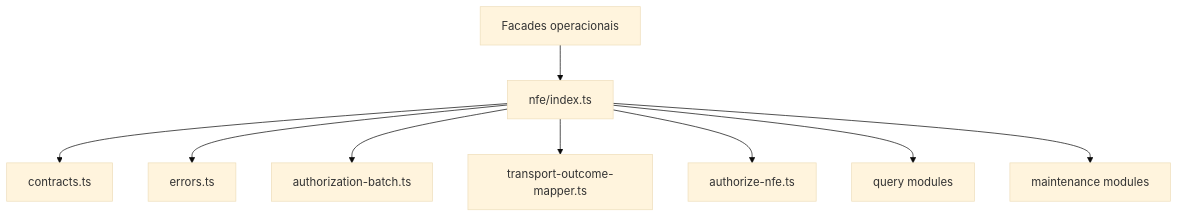
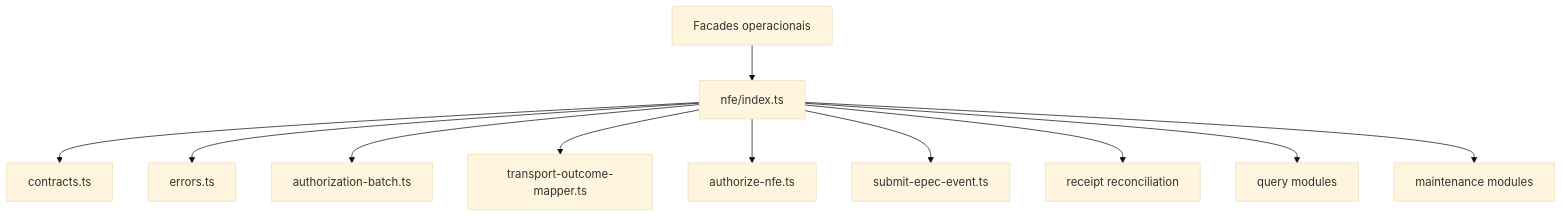
One commit to linkiez/nfe_sdk changed the diagram in src/canonical/nfe/index.doc.md. Above: the diagram before and after it, drawn with Mermaid (base theme). The commit also changed other lines of this file and 33 other files, not shown here.

````diff
--- a/src/canonical/nfe/index.doc.md
+++ b/src/canonical/nfe/index.doc.md
@@ -23,11 +24,13 @@
 ```mermaid
 flowchart TD
   A[Facades operacionais] --> B[nfe/index.ts]
   B --> C[contracts.ts]
   B --> D[errors.ts]
   B --> E[authorization-batch.ts]
   B --> F[transport-outcome-mapper.ts]
   B --> G[authorize-nfe.ts]
-  B --> H[query modules]
-  B --> I[maintenance modules]
+  B --> H[submit-epec-event.ts]
+  B --> I[receipt reconciliation]
+  B --> J[query modules]
+  B --> K[maintenance modules]
 ```
````
